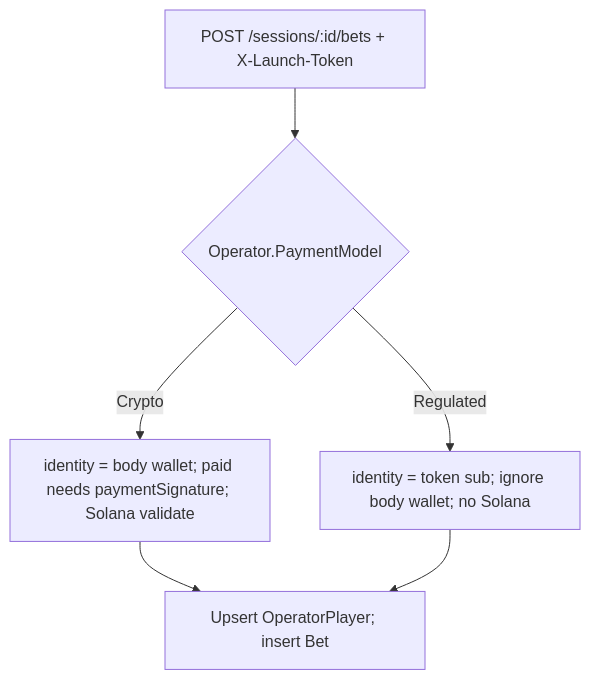
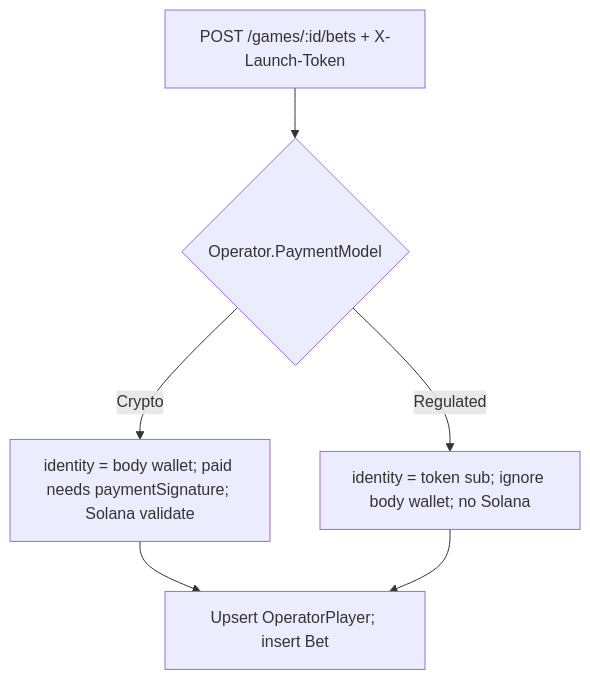
Before and after one commit to marcusruas/monkify-meta: the third of 3 diagrams in specs/launch-token-validation.md, drawn with Mermaid. The commit also changed other lines of this file and 57 other files, not shown here.

````diff
--- a/specs/launch-token-validation.md
+++ b/specs/launch-token-validation.md
@@ -578,8 +578,8 @@
 ```mermaid
 flowchart TD
-    A[POST /sessions/:id/bets + X-Launch-Token] --> B{Operator.PaymentModel}
+    A[POST /games/:id/bets + X-Launch-Token] --> B{Operator.PaymentModel}
     B -->|Crypto| C[identity = body wallet; paid needs paymentSignature; Solana validate]
     B -->|Regulated| D[identity = token sub; ignore body wallet; no Solana]
     C --> E[Upsert OperatorPlayer; insert Bet]
     D --> E
 ```
````
